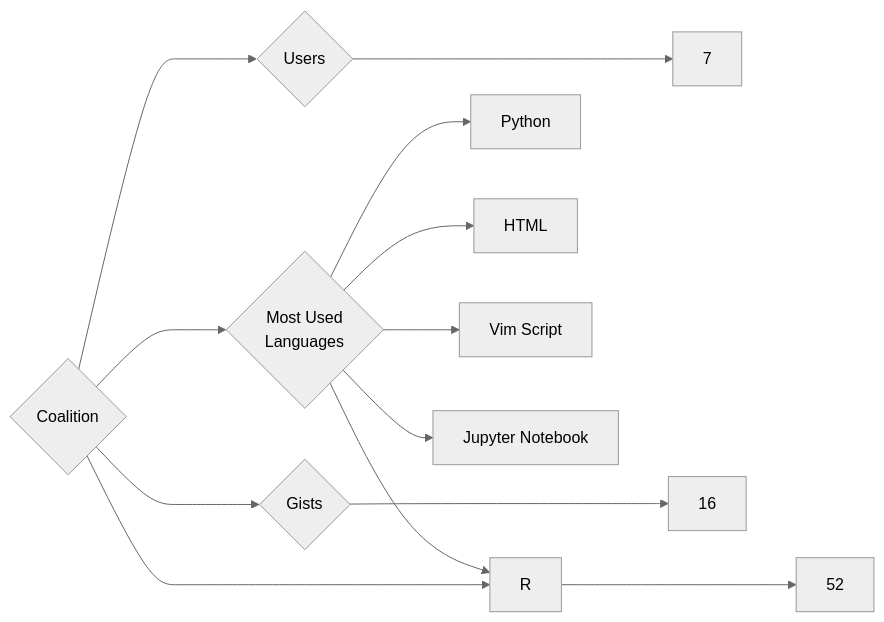
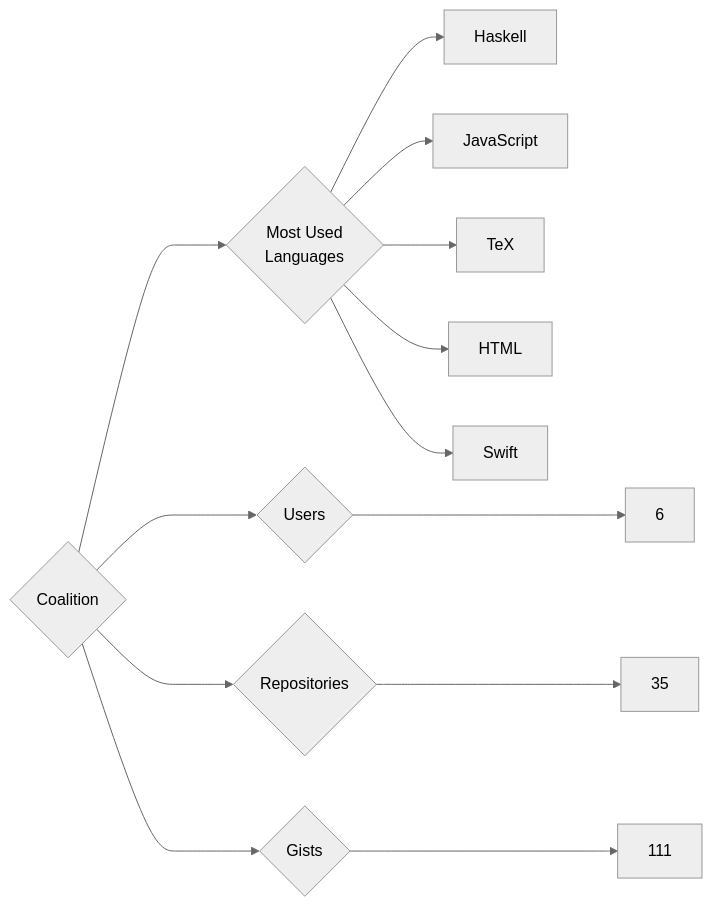
One commit to trickest/insiders changed the diagram in targets/Coalition/README.md. Above: the diagram before and after it, drawn with Mermaid (neutral theme). The commit also changed 776 other files, not shown here.

````diff
--- a/targets/Coalition/README.md
+++ b/targets/Coalition/README.md
@@ -3,13 +3,13 @@
 ```mermaid
 graph LR
 COMPANY_NAME{Coalition}
-COMPANY_NAME ---> U{Users} ---> UN[7]
-COMPANY_NAME ---> R{Repositories} ---> RN[52]
-COMPANY_NAME ---> G{Gists} ---> GN[16]
+COMPANY_NAME ---> U{Users} ---> UN[6]
+COMPANY_NAME ---> R{Repositories} ---> RN[35]
+COMPANY_NAME ---> G{Gists} ---> GN[111]
 COMPANY_NAME ---> ML{Most Used<br>Languages}
-ML --> Python[Python]
-ML --> R[R]
+ML --> Haskell[Haskell]
+ML --> JavaScript[JavaScript]
+ML --> TeX[TeX]
 ML --> HTML[HTML]
-ML --> Vim_Script[Vim Script]
-ML --> Jupyter_Notebook[Jupyter Notebook]
+ML --> Swift[Swift]
 ```
````
